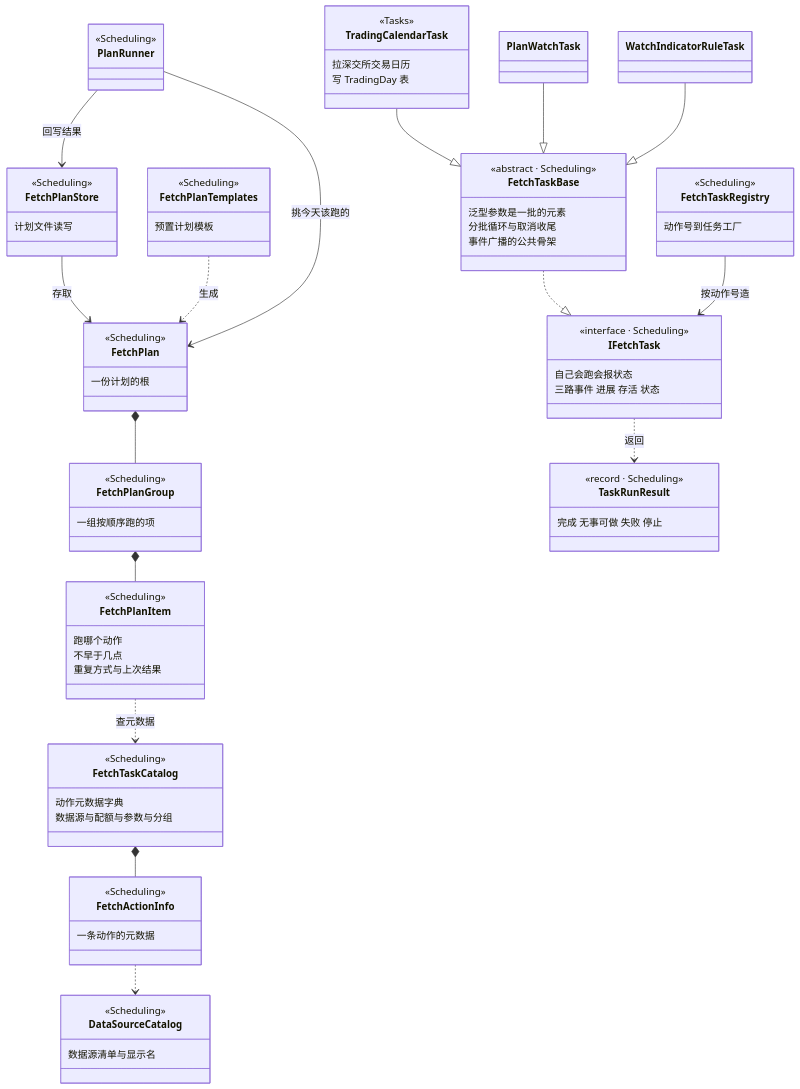
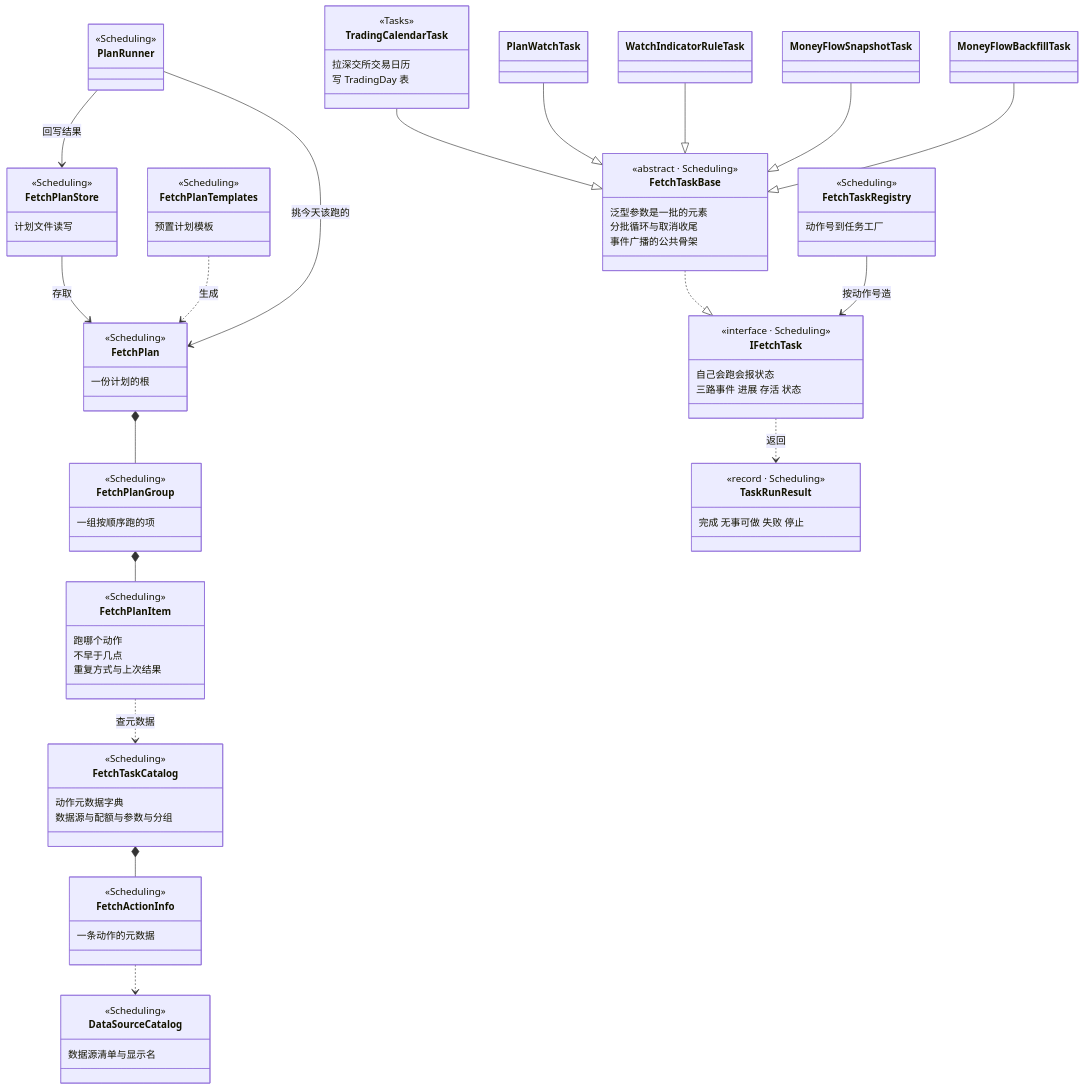
Before and after one commit to lcq9732/stock: the third of 9 diagrams in doc/solution-class-map.md, drawn with Mermaid. The commit also changed 76 other files, not shown here.

````diff
--- a/doc/solution-class-map.md
+++ b/doc/solution-class-map.md
@@ -251,6 +251,8 @@
 TradingCalendarTask --|> FetchTaskBase
 PlanWatchTask --|> FetchTaskBase
 WatchIndicatorRuleTask --|> FetchTaskBase
+MoneyFlowSnapshotTask --|> FetchTaskBase
+MoneyFlowBackfillTask --|> FetchTaskBase
 FetchTaskRegistry --> IFetchTask : 按动作号造
 IFetchTask ..> TaskRunResult : 返回
 ```
````
